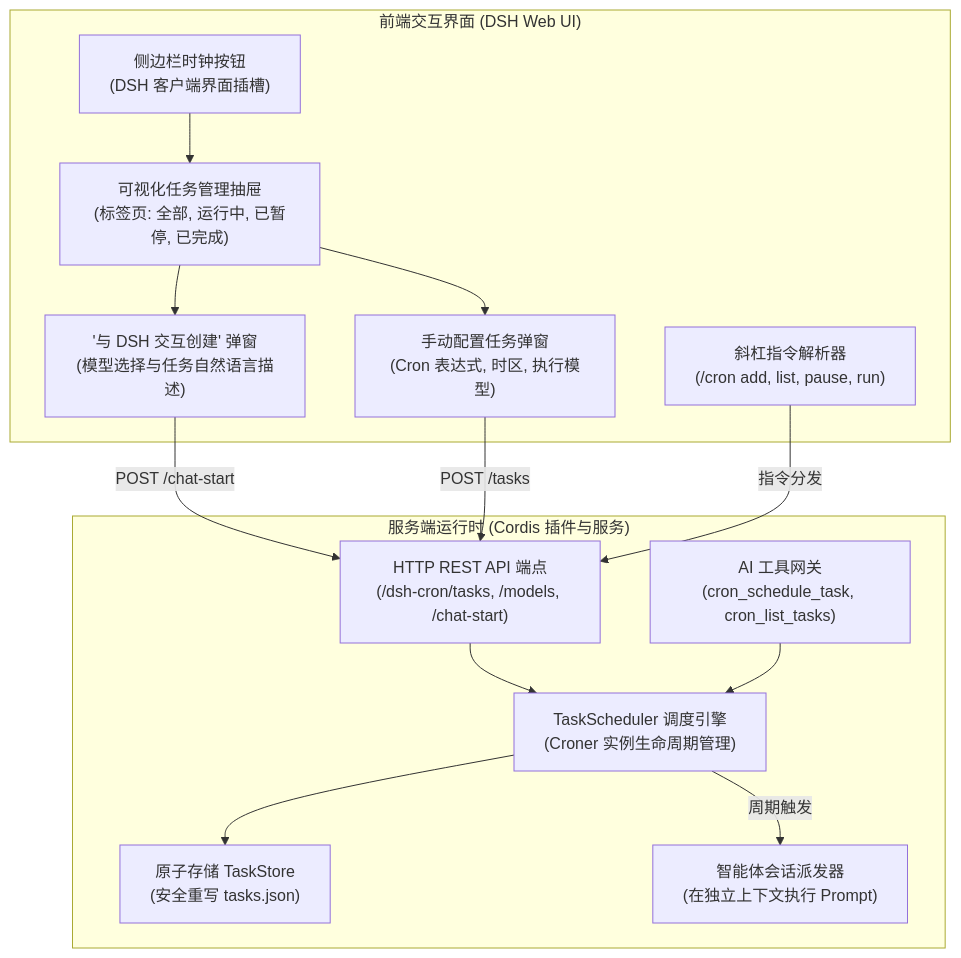
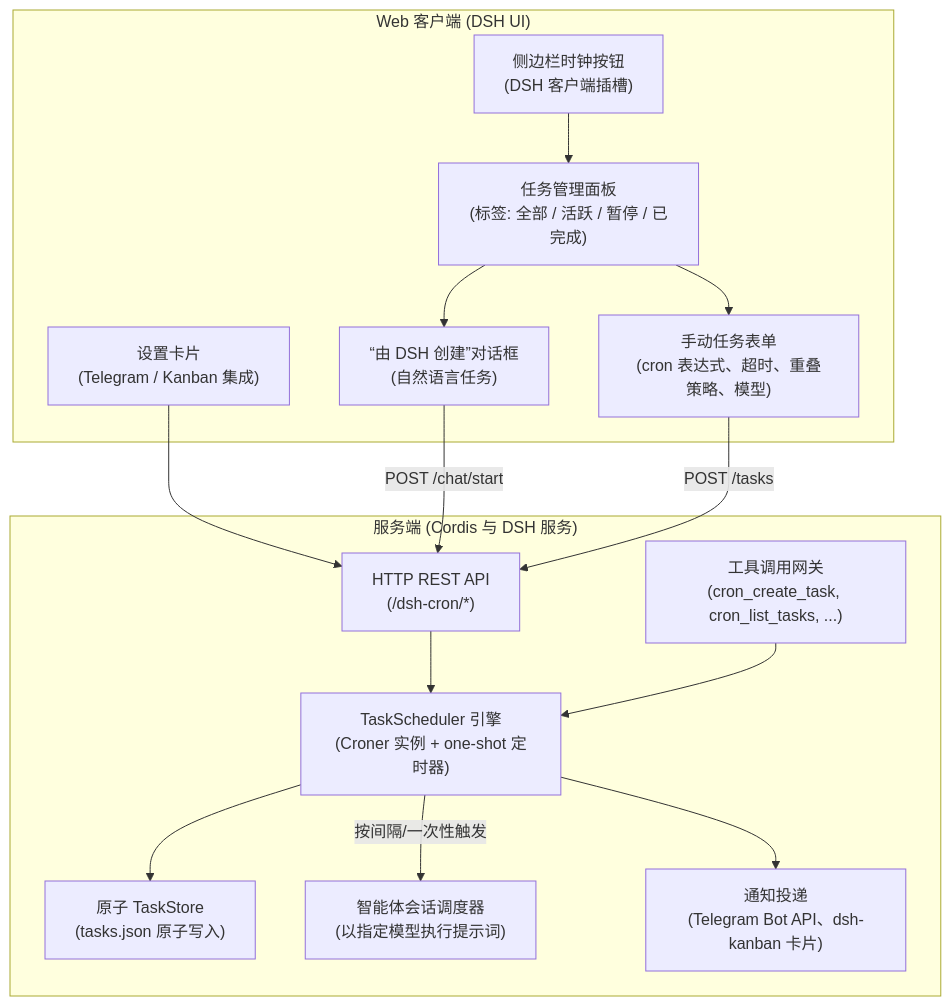
The diagram in docs/README.zh.md (GooDAnDReaDY/dsh-cron), drawn with Mermaid before and after one commit. The commit also changed other lines of this file and 3 other files, not shown here.

````diff
--- a/docs/README.zh.md
+++ b/docs/README.zh.md
@@ -44,29 +43,31 @@
 ```mermaid
 graph TD
-    subgraph Client ["前端交互界面 (DSH Web UI)"]
-        SidebarBtn["侧边栏时钟按钮<br/>(DSH 客户端界面插槽)"]
-        Overlay["可视化任务管理抽屉<br/>(标签页: 全部, 运行中, 已暂停, 已完成)"]
-        CreateWithDSH["'与 DSH 交互创建' 弹窗<br/>(模型选择与任务自然语言描述)"]
-        ManualForm["手动配置任务弹窗<br/>(Cron 表达式, 时区, 执行模型)"]
-        SlashCmd["斜杠指令解析器<br/>(/cron add, list, pause, run)"]
+    subgraph Client ["Web 客户端 (DSH UI)"]
+        SidebarBtn["侧边栏时钟按钮<br/>(DSH 客户端插槽)"]
+        Overlay["任务管理面板<br/>(标签: 全部 / 活跃 / 暂停 / 已完成)"]
+        CreateWithDSH["“由 DSH 创建”对话框<br/>(自然语言任务)"]
+        ManualForm["手动任务表单<br/>(cron 表达式、超时、重叠策略、模型)"]
+        SettingsCard["设置卡片<br/>(Telegram / Kanban 集成)"]
     end
 
-    subgraph Server ["服务端运行时 (Cordis 插件与服务)"]
-        HttpRoutes["HTTP REST API 端点<br/>(/dsh-cron/tasks, /models, /chat-start)"]
-        AgentTools["AI 工具网关<br/>(cron_schedule_task, cron_list_tasks)"]
-        Scheduler["TaskScheduler 调度引擎<br/>(Croner 实例生命周期管理)"]
-        Store["原子存储 TaskStore<br/>(安全重写 tasks.json)"]
-        AgentRunner["智能体会话派发器<br/>(在独立上下文执行 Prompt)"]
+    subgraph Server ["服务端 (Cordis 与 DSH 服务)"]
+        HttpRoutes["HTTP REST API<br/>(/dsh-cron/*)"]
+        AgentTools["工具调用网关<br/>(cron_create_task, cron_list_tasks, ...)"]
+        Scheduler["TaskScheduler 引擎<br/>(Croner 实例 + one-shot 定时器)"]
+        Store["原子 TaskStore<br/>(tasks.json 原子写入)"]
+        AgentRunner["智能体会话调度器<br/>(以指定模型执行提示词)"]
+        Notify["通知投递<br/>(Telegram Bot API、dsh-kanban 卡片)"]
     end
 
     SidebarBtn --> Overlay
     Overlay --> CreateWithDSH
     Overlay --> ManualForm
-    CreateWithDSH -->|POST /chat-start| HttpRoutes
+    SettingsCard --> HttpRoutes
+    CreateWithDSH -->|POST /chat/start| HttpRoutes
     ManualForm -->|POST /tasks| HttpRoutes
-    SlashCmd -->|指令分发| HttpRoutes
     HttpRoutes --> Scheduler
     AgentTools --> Scheduler
     Scheduler --> Store
-    Scheduler -->|周期触发| AgentRunner
+    Scheduler -->|按间隔/一次性触发| AgentRunner
+    Scheduler --> Notify
 ```
````
